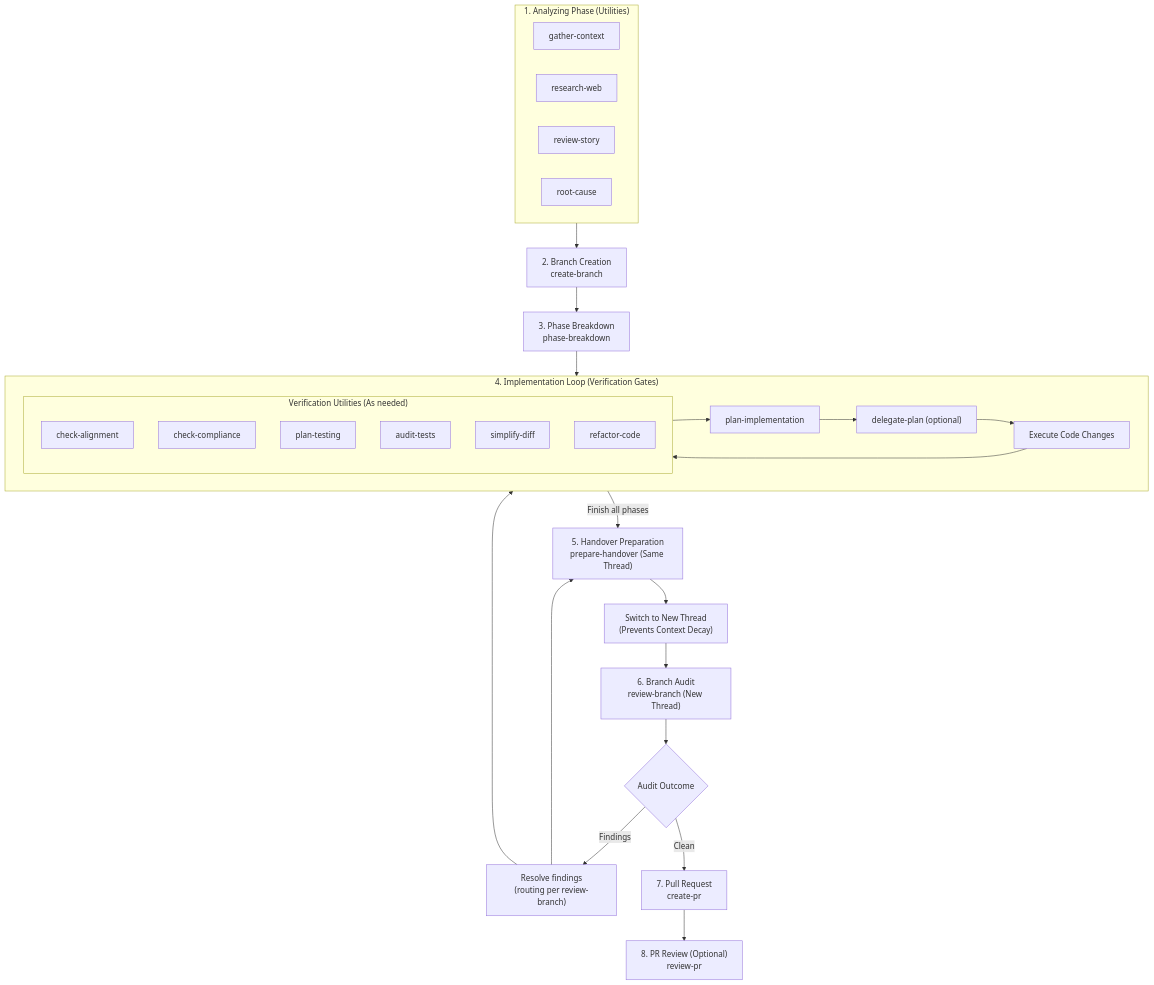
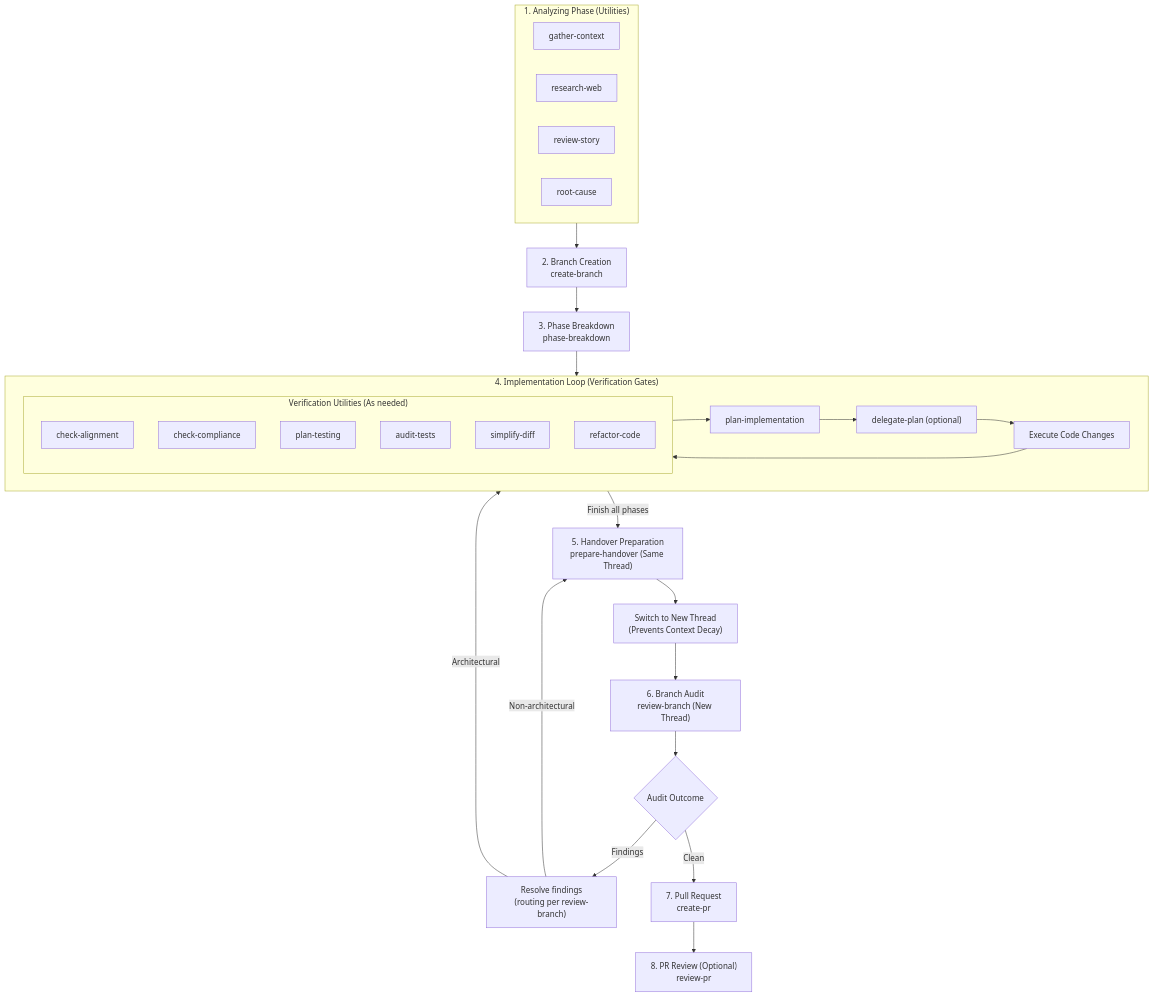
Before and after one commit to jrobertogarcia/agent-workflows: the diagram in LIFECYCLE.md, drawn with Mermaid. The commit also changed other lines of this file, not shown here.

````diff
--- a/LIFECYCLE.md
+++ b/LIFECYCLE.md
@@ -13,62 +13,62 @@
 ```mermaid
 graph TD
     %% Analyzing Phase
     subgraph Analyzing ["1. Analyzing Phase (Utilities)"]
         GC["gather-context"]
         RW["research-web"]
         RS["review-story"]
         RC["root-cause"]
     end
 
     %% Branch & Plan Phase
     CB["2. Branch Creation<br>create-branch"]
     PB["3. Phase Breakdown<br>phase-breakdown"]
     
     subgraph Loop ["4. Implementation Loop (Verification Gates)"]
         PI["plan-implementation"]
         DP["delegate-plan (optional)"]
         Code["Execute Code Changes"]
         
         %% Loop Utilities
         subgraph Utilities ["Verification Utilities (As needed)"]
             CA["check-alignment"]
             CC["check-compliance"]
             PT["plan-testing"]
             AT["audit-tests"]
             SD["simplify-diff"]
             RF["refactor-code"]
         end
         
         PI --> DP
         DP --> Code
         Code --> Utilities
         Utilities --> PI
     end
 
     %% Handover & Review Phase
     PH["5. Handover Preparation<br>prepare-handover (Same Thread)"]
     Switch["Switch to New Thread<br>(Prevents Context Decay)"]
     RB["6. Branch Audit<br>review-branch (New Thread)"]
     
     %% Branch Review Outcome
     Decide{"Audit Outcome"}
     Fix["Resolve findings<br>(routing per review-branch)"]
     
     %% PR Release Phase
     CPR["7. Pull Request<br>create-pr"]
     RPR["8. PR Review (Optional)<br>review-pr"]
 
     %% Flow connections
     Analyzing --> CB
     CB --> PB
     PB --> Loop
     Loop -->|Finish all phases| PH
     PH --> Switch
     Switch --> RB
     RB --> Decide
     Decide -->|Findings| Fix
     Decide -->|Clean| CPR
-    Fix --> PH
-    Fix --> Loop
+    Fix -->|Non-architectural| PH
+    Fix -->|Architectural| Loop
     CPR --> RPR
 ```
````
